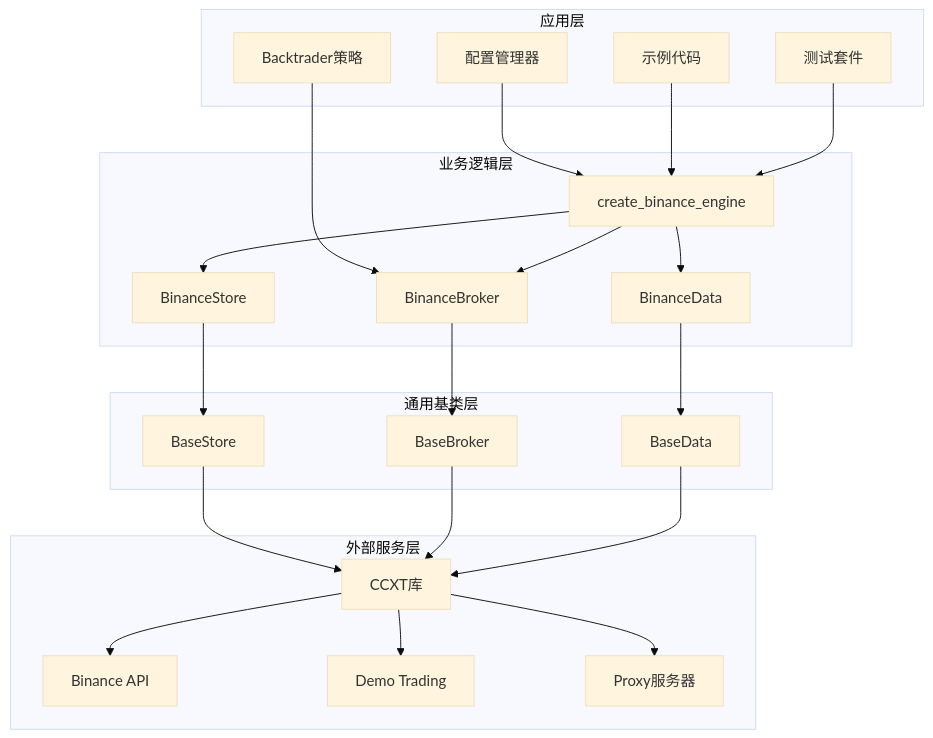
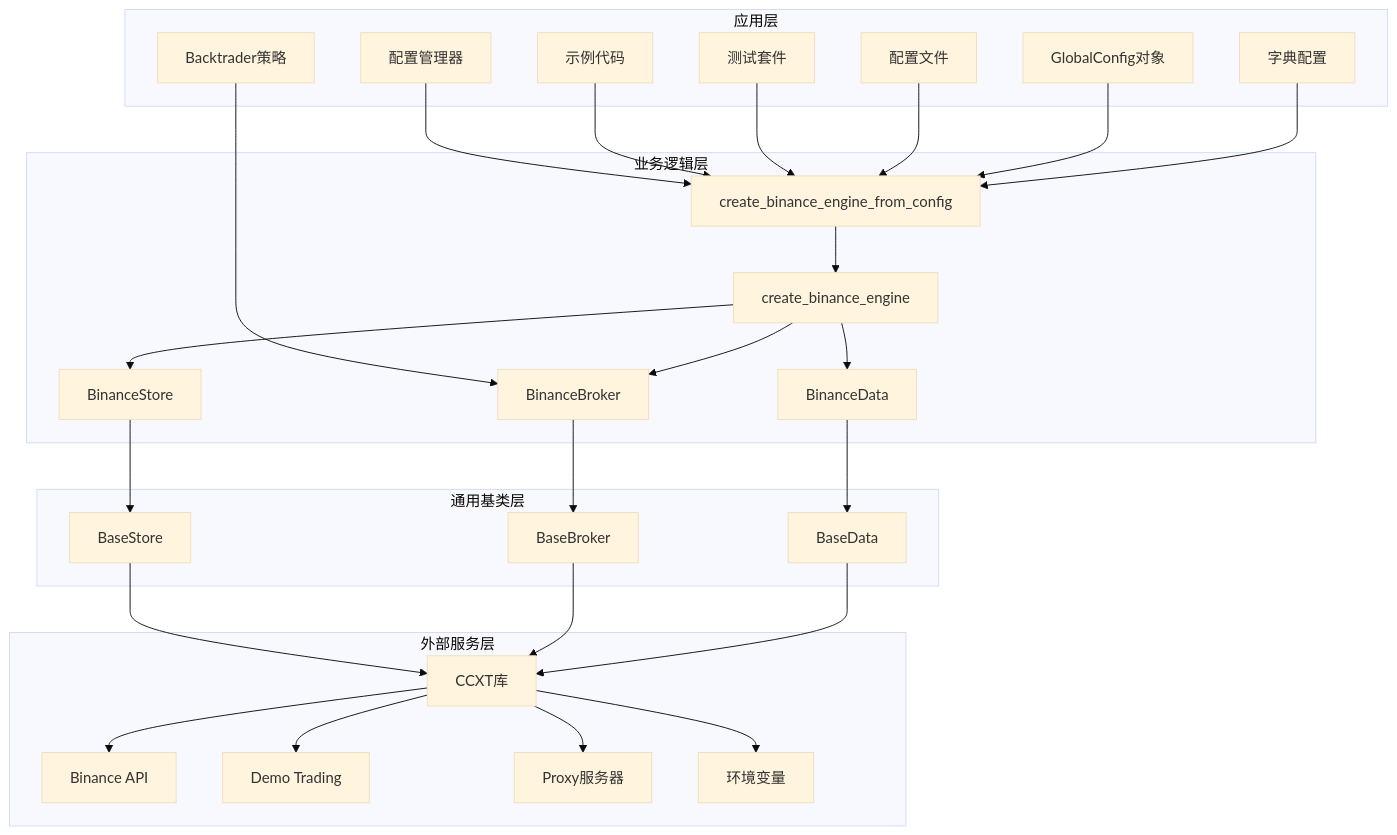
The second of 6 diagrams in .qoder/repowiki/zh/content/实盘交易模块/Binance交易所集成/Binance交易所集成.md (bench-prog/backtrader), drawn with Mermaid (base theme) before and after one commit. The commit also changed other lines of this file and 4 other files, not shown here.

````diff
--- a/.qoder/repowiki/zh/content/实盘交易模块/Binance交易所集成/Binance交易所集成.md
+++ b/.qoder/repowiki/zh/content/实盘交易模块/Binance交易所集成/Binance交易所集成.md
@@ -144,42 +146,52 @@
 ```mermaid
 graph TB
 subgraph "应用层"
 A[Backtrader策略]
 B[配置管理器]
 C[示例代码]
 D[测试套件]
+E[配置文件]
+F[GlobalConfig对象]
+G[字典配置]
 end
 subgraph "业务逻辑层"
-E[BinanceStore]
-F[BinanceBroker]
-G[BinanceData]
-H[create_binance_engine]
+H[create_binance_engine_from_config]
+I[create_binance_engine]
+J[BinanceStore]
+K[BinanceBroker]
+L[BinanceData]
 end
 subgraph "通用基类层"
-I[BaseStore]
-J[BaseBroker]
-K[BaseData]
+M[BaseStore]
+N[BaseBroker]
+O[BaseData]
 end
 subgraph "外部服务层"
-L[CCXT库]
-M[Binance API]
-N[Demo Trading]
-O[Proxy服务器]
+P[CCXT库]
+Q[Binance API]
+R[Demo Trading]
+S[Proxy服务器]
+T[环境变量]
 end
-A --> F
+A --> K
 B --> H
 C --> H
 D --> H
-H --> E
-H --> F
-H --> G
-E --> I
-F --> J
-G --> K
+E --> H
+F --> H
+G --> H
+H --> I
+I --> J
+I --> K
 I --> L
-J --> L
-K --> L
-L --> M
-L --> N
+J --> M
+K --> N
 L --> O
+M --> P
+N --> P
+O --> P
+P --> Q
+P --> R
+P --> S
+P --> T
 ```
````
